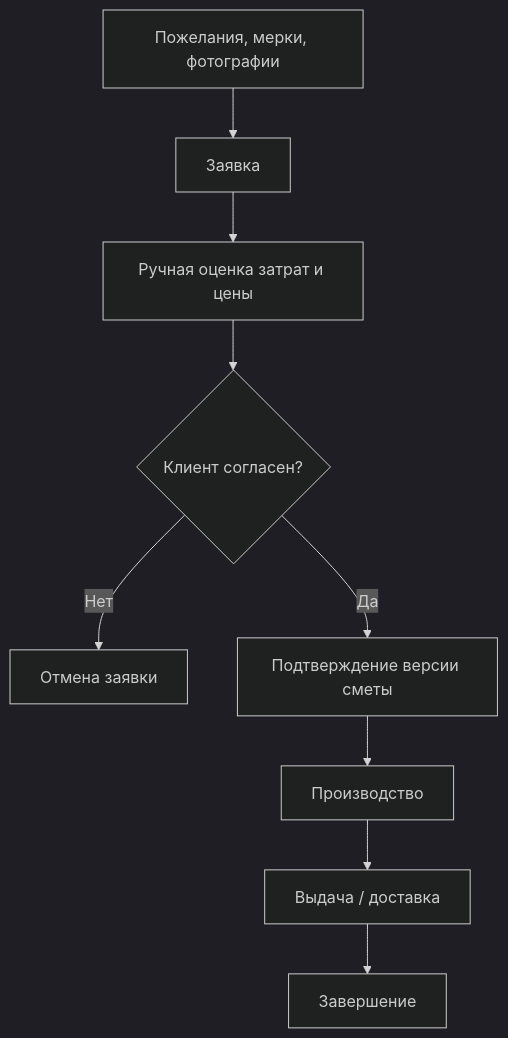
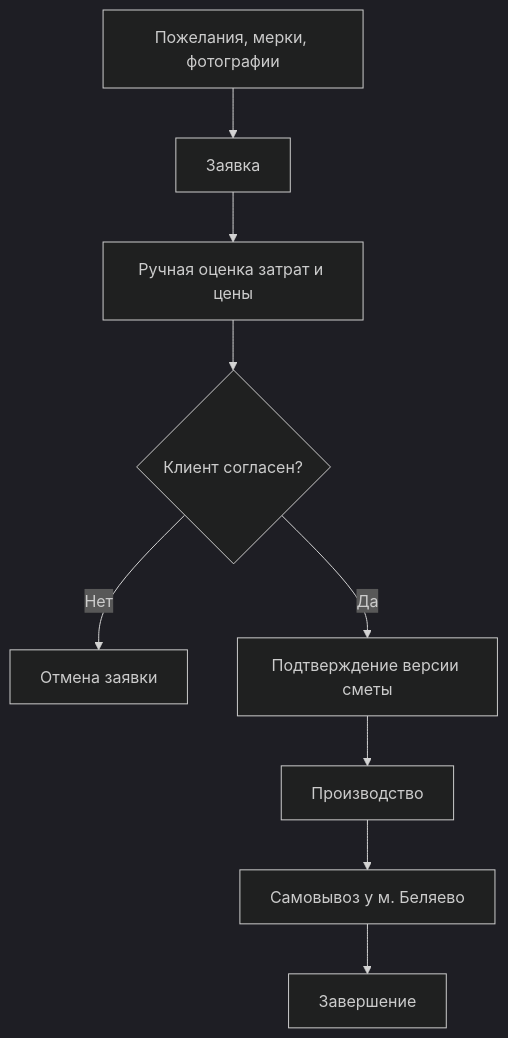
The second of 3 diagrams in docs/business-process.md (Ai-b0ss/atelier-telegram-shop), drawn with Mermaid (dark theme) before and after one commit. The commit also changed 4 other files, not shown here.

````diff
--- a/docs/business-process.md
+++ b/docs/business-process.md
@@ -29,10 +29,10 @@
 ```mermaid
 flowchart TD
  A["Пожелания, мерки, фотографии"] --> B["Заявка"]
  B --> C["Ручная оценка затрат и цены"]
  C --> D{"Клиент согласен?"}
  D -- "Нет" --> E["Отмена заявки"]
  D -- "Да" --> F["Подтверждение версии сметы"]
- F --> G["Производство"] --> H["Выдача / доставка"]
+ F --> G["Производство"] --> H["Самовывоз у м. Беляево"]
  H --> I["Завершение"]
  ```
````
